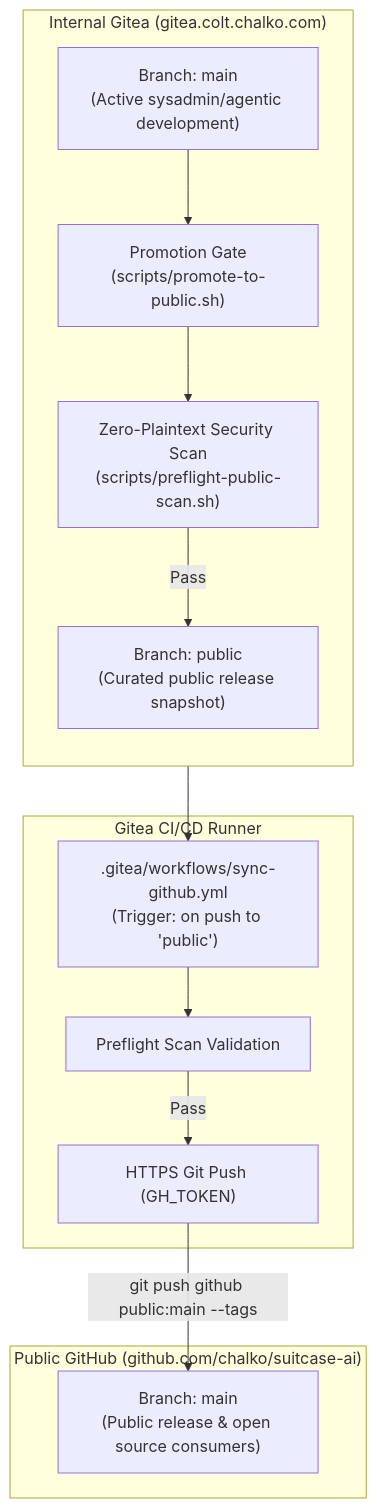
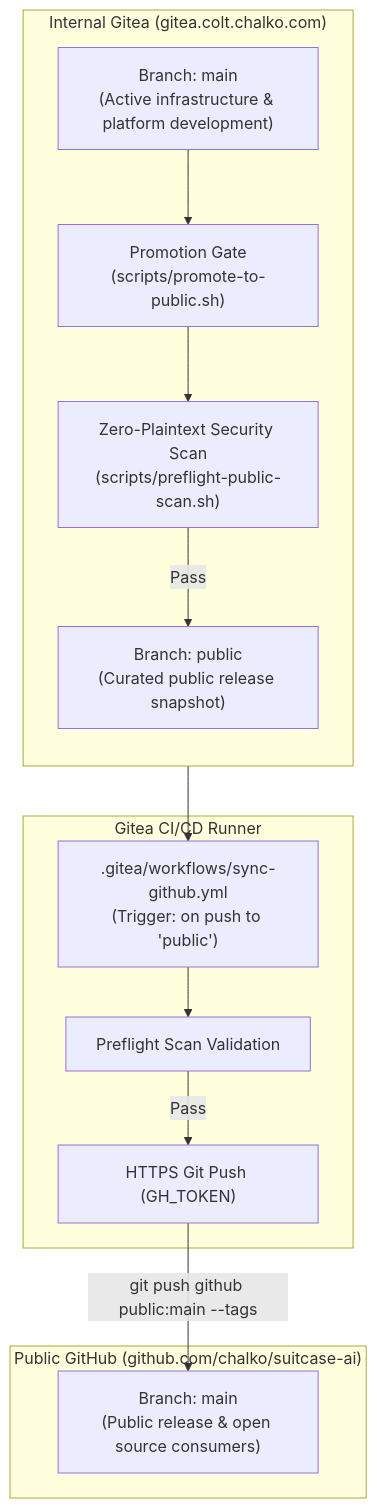
The diagram in docs/PUBLIC_RELEASE_RUNBOOK.md (chalko/suitcase-ai), drawn with Mermaid before and after one commit. The commit also changed other lines of this file and 16 other files, not shown here.

````diff
--- a/docs/PUBLIC_RELEASE_RUNBOOK.md
+++ b/docs/PUBLIC_RELEASE_RUNBOOK.md
@@ -9,30 +9,30 @@
 ```mermaid
 flowchart TD
     subgraph Internal_Gitea["Internal Gitea (gitea.colt.chalko.com)"]
         direction TB
-        G_MAIN["Branch: main\n(Active sysadmin/agentic development)"]
+        G_MAIN["Branch: main\n(Active infrastructure & platform development)"]
         PROMO["Promotion Gate\n(scripts/promote-to-public.sh)"]
         SCAN["Zero-Plaintext Security Scan\n(scripts/preflight-public-scan.sh)"]
         G_PUB["Branch: public\n(Curated public release snapshot)"]
 
         G_MAIN --> PROMO
         PROMO --> SCAN
         SCAN -->|Pass| G_PUB
     end
 
     subgraph Gitea_Actions["Gitea CI/CD Runner"]
         WF[".gitea/workflows/sync-github.yml\n(Trigger: on push to 'public')"]
         CI_SCAN["Preflight Scan Validation"]
         HTTPS_PUSH["HTTPS Git Push (GH_TOKEN)"]
 
         G_PUB --> WF
         WF --> CI_SCAN
         CI_SCAN -->|Pass| HTTPS_PUSH
     end
 
     subgraph GitHub_Public["Public GitHub (github.com/chalko/suitcase-ai)"]
         GH_MAIN["Branch: main\n(Public release & open source consumers)"]
     end
 
     HTTPS_PUSH -->|"git push github public:main --tags"| GH_MAIN
 ```
````
